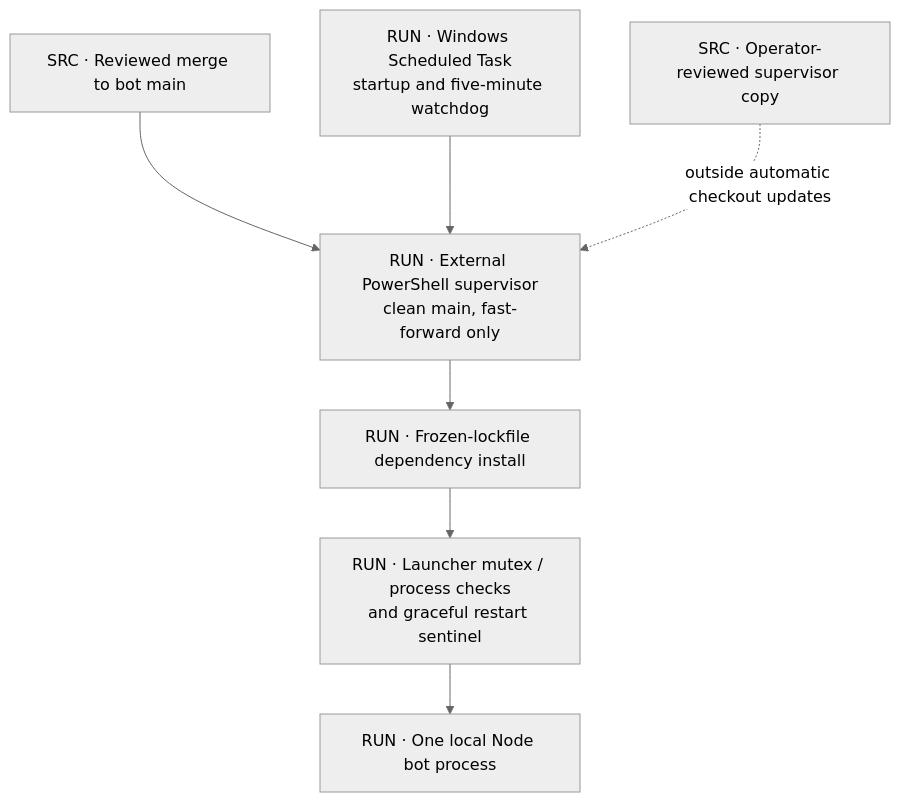
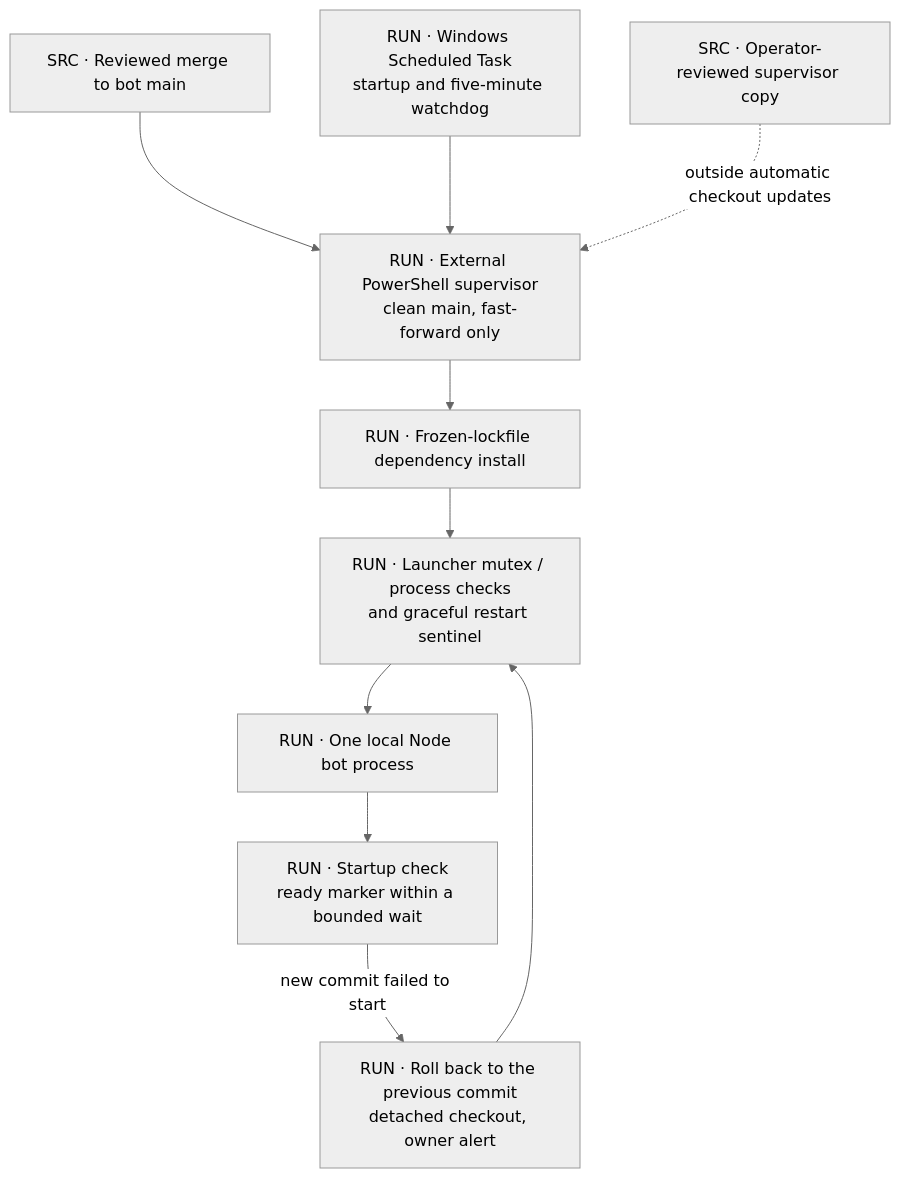
The first of 5 diagrams in atlas/OPERATIONS.md (raymdl/kdm-bf6-rankings), drawn with Mermaid (neutral theme) before and after one commit. The commit also changed other lines of this file and 10 other files, not shown here.

````diff
--- a/atlas/OPERATIONS.md
+++ b/atlas/OPERATIONS.md
@@ -7,16 +7,21 @@
 ```mermaid
 flowchart TB
   GIT["SRC · Reviewed merge to bot main"]
   TASK["RUN · Windows Scheduled Task<br/>startup and five-minute watchdog"]
   SUP["RUN · External PowerShell supervisor<br/>clean main, fast-forward only"]
   INSTALL["RUN · Frozen-lockfile dependency install"]
   LAUNCH["RUN · Launcher mutex / process checks<br/>and graceful restart sentinel"]
   BOT["RUN · One local Node bot process"]
+  READY["RUN · Startup check<br/>ready marker within a bounded wait"]
+  ROLLBACK["RUN · Roll back to the previous commit<br/>detached checkout, owner alert"]
   MANUAL["SRC · Operator-reviewed supervisor copy"]
   GIT --> SUP
   TASK --> SUP
   SUP --> INSTALL
   INSTALL --> LAUNCH
   LAUNCH --> BOT
+  BOT --> READY
+  READY -->|"new commit failed to start"| ROLLBACK
+  ROLLBACK --> LAUNCH
   MANUAL -.->|"outside automatic checkout updates"| SUP
 ```
````
